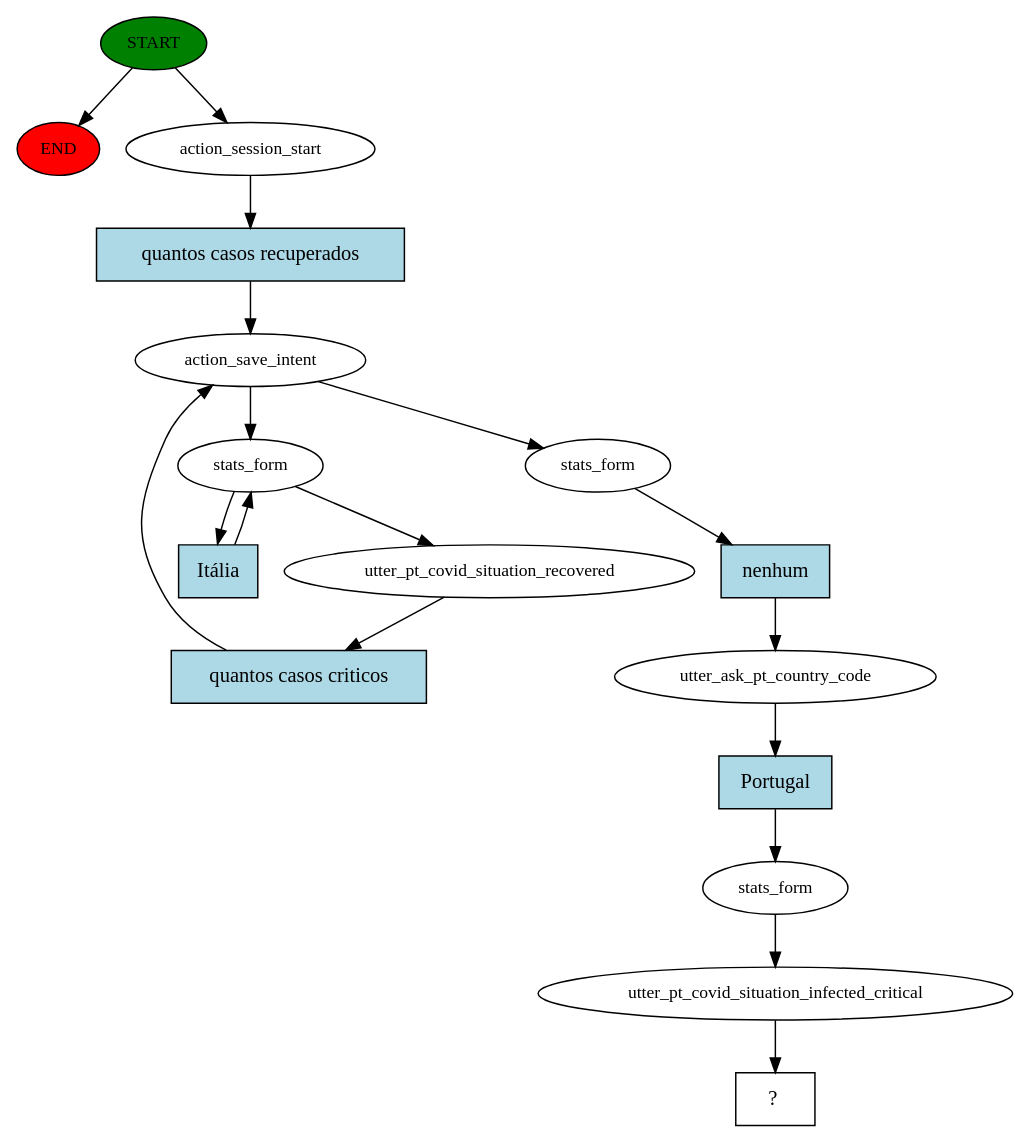
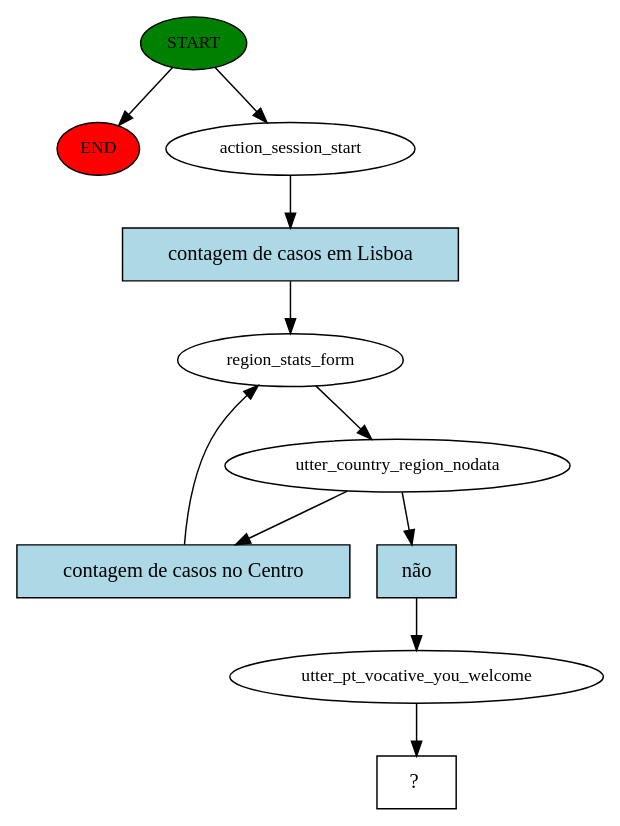
The diagram in bot/story_graph.dot (cosibot/cosibot-portugal-portuguese), drawn with Graphviz before and after one commit. The commit also changed 6 other files, not shown here.

Commit message:
Implemented form for region and municipalities. TODO: add more examples to municipality synonyms.

```diff
--- a/bot/story_graph.dot
+++ b/bot/story_graph.dot
@@ -1,35 +1,22 @@
 digraph  {
 0 [class="start active", fillcolor=green, fontsize=12, label=START, style=filled];
 "-1" [class=end, fillcolor=red, fontsize=12, label=END, style=filled];
 1 [class=active, fontsize=12, label=action_session_start];
-2 [class=active, fontsize=12, label=action_save_intent];
-3 [class=active, fontsize=12, label=stats_form];
-5 [class=active, fontsize=12, label=utter_pt_covid_situation_recovered];
-7 [class=active, fontsize=12, label=stats_form];
-8 [class=active, fontsize=12, label=utter_ask_pt_country_code];
-9 [class=active, fontsize=12, label=stats_form];
-10 [class=active, fontsize=12, label=utter_pt_covid_situation_infected_critical];
-11 [class="intent dashed active", label="  ?  ", shape=rect];
-12 [class="intent active", fillcolor=lightblue, label="quantos casos recuperados", shape=rect, style=filled];
-13 [class="intent active", fillcolor=lightblue, label="Itália", shape=rect, style=filled];
-14 [class="intent active", fillcolor=lightblue, label="quantos casos criticos", shape=rect, style=filled];
-15 [class="intent active", fillcolor=lightblue, label=nenhum, shape=rect, style=filled];
-16 [class="intent active", fillcolor=lightblue, label=Portugal, shape=rect, style=filled];
+2 [class=active, fontsize=12, label=region_stats_form];
+3 [class=active, fontsize=12, label=utter_country_region_nodata];
+6 [class=active, fontsize=12, label=utter_pt_vocative_you_welcome];
+7 [class="intent dashed active", label="  ?  ", shape=rect];
+8 [class="intent active", fillcolor=lightblue, label="contagem de casos em Lisboa", shape=rect, style=filled];
+9 [class="intent active", fillcolor=lightblue, label="contagem de casos no Centro", shape=rect, style=filled];
+10 [class="intent active", fillcolor=lightblue, label="não", shape=rect, style=filled];
 0 -> "-1"  [class="", key=NONE, label=""];
 0 -> 1  [class=active, key=NONE, label=""];
-1 -> 12  [class=active, key=0];
+1 -> 8  [class=active, key=0];
 2 -> 3  [class=active, key=NONE, label=""];
-2 -> 7  [class=active, key=NONE, label=""];
-3 -> 5  [class=active, key=NONE, label=""];
-3 -> 13  [class=active, key=0];
-5 -> 14  [class=active, key=0];
-7 -> 15  [class=active, key=0];
-8 -> 16  [class=active, key=0];
-9 -> 10  [class=active, key=NONE, label=""];
-10 -> 11  [class=active, key=NONE, label=""];
-12 -> 2  [class=active, key=0];
-13 -> 3  [class=active, key=0];
-14 -> 2  [class=active, key=0];
-15 -> 8  [class=active, key=0];
-16 -> 9  [class=active, key=0];
+3 -> 9  [class=active, key=0];
+3 -> 10  [class=active, key=0];
+6 -> 7  [class=active, key=NONE, label=""];
+8 -> 2  [class=active, key=0];
+9 -> 2  [class=active, key=0];
+10 -> 6  [class=active, key=0];
 }
```
